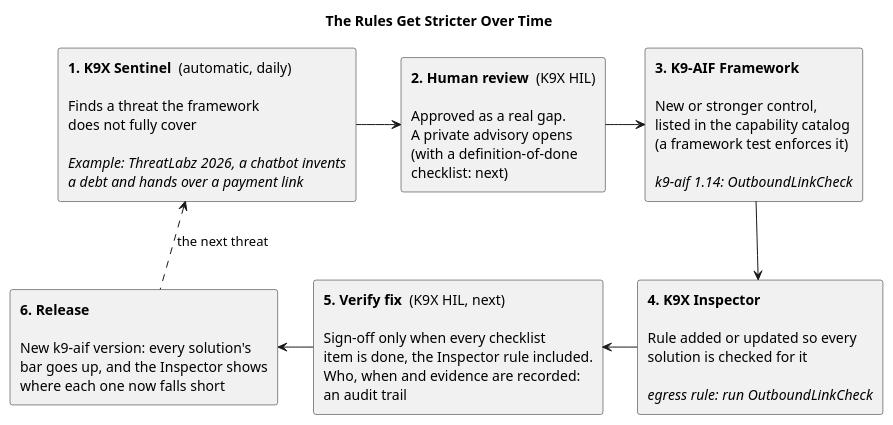
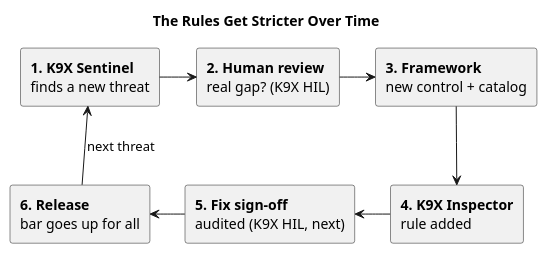
The diagram in assets/images/blogs/k9x-stricter-over-time.puml (k9aif/k9-aif-blogs), drawn with PlantUML before and after one commit. The commit also changed 1 other file, not shown here.

Commit message:
Post: compact loop diagram (detail stays in the text)

```diff
--- a/assets/images/blogs/k9x-stricter-over-time.puml
+++ b/assets/images/blogs/k9x-stricter-over-time.puml
@@ -1,24 +1,19 @@
 @startuml k9x-stricter-over-time
 
 title The Rules Get Stricter Over Time
 
-rectangle "<b>1. K9X Sentinel</b>  (automatic, daily)\n\nFinds a threat the framework\ndoes not fully cover\n\n<i>Example: ThreatLabz 2026, a chatbot invents</i>\n<i>a debt and hands over a payment link</i>" as S
-
-rectangle "<b>2. Human review</b>  (K9X HIL)\n\nApproved as a real gap.\nA private advisory opens\n(with a definition-of-done\nchecklist: next)" as R
-
-rectangle "<b>3. K9-AIF Framework</b>\n\nNew or stronger control,\nlisted in the capability catalog\n(a framework test enforces it)\n\n<i>k9-aif 1.14: OutboundLinkCheck</i>" as F
-
-rectangle "<b>4. K9X Inspector</b>\n\nRule added or updated so every\nsolution is checked for it\n\n<i>egress rule: run OutboundLinkCheck</i>" as I
-
-rectangle "<b>5. Verify fix</b>  (K9X HIL, next)\n\nSign-off only when every checklist\nitem is done, the Inspector rule included.\nWho, when and evidence are recorded:\nan audit trail" as V
-
-rectangle "<b>6. Release</b>\n\nNew k9-aif version: every solution's\nbar goes up, and the Inspector shows\nwhere each one now falls short" as SOL
+rectangle "<b>1. K9X Sentinel</b>\nfinds a new threat" as S
+rectangle "<b>2. Human review</b>\nreal gap? (K9X HIL)" as R
+rectangle "<b>3. Framework</b>\nnew control + catalog" as F
+rectangle "<b>6. Release</b>\nbar goes up for all" as SOL
+rectangle "<b>5. Fix sign-off</b>\naudited (K9X HIL, next)" as V
+rectangle "<b>4. K9X Inspector</b>\nrule added" as I
 
 S -right-> R
 R -right-> F
 F -down-> I
 I -left-> V
 V -left-> SOL
-SOL .up.> S : the next threat
+SOL -up-> S : next threat
 
 @enduml
```
